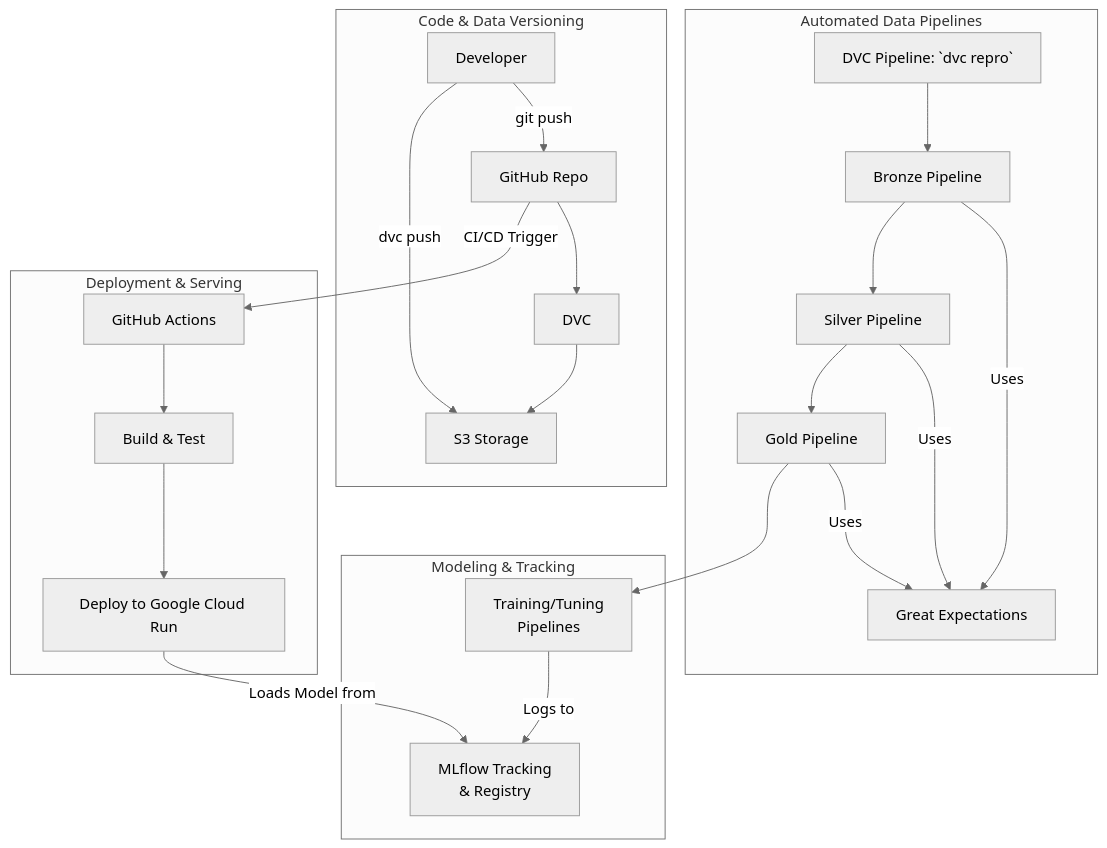
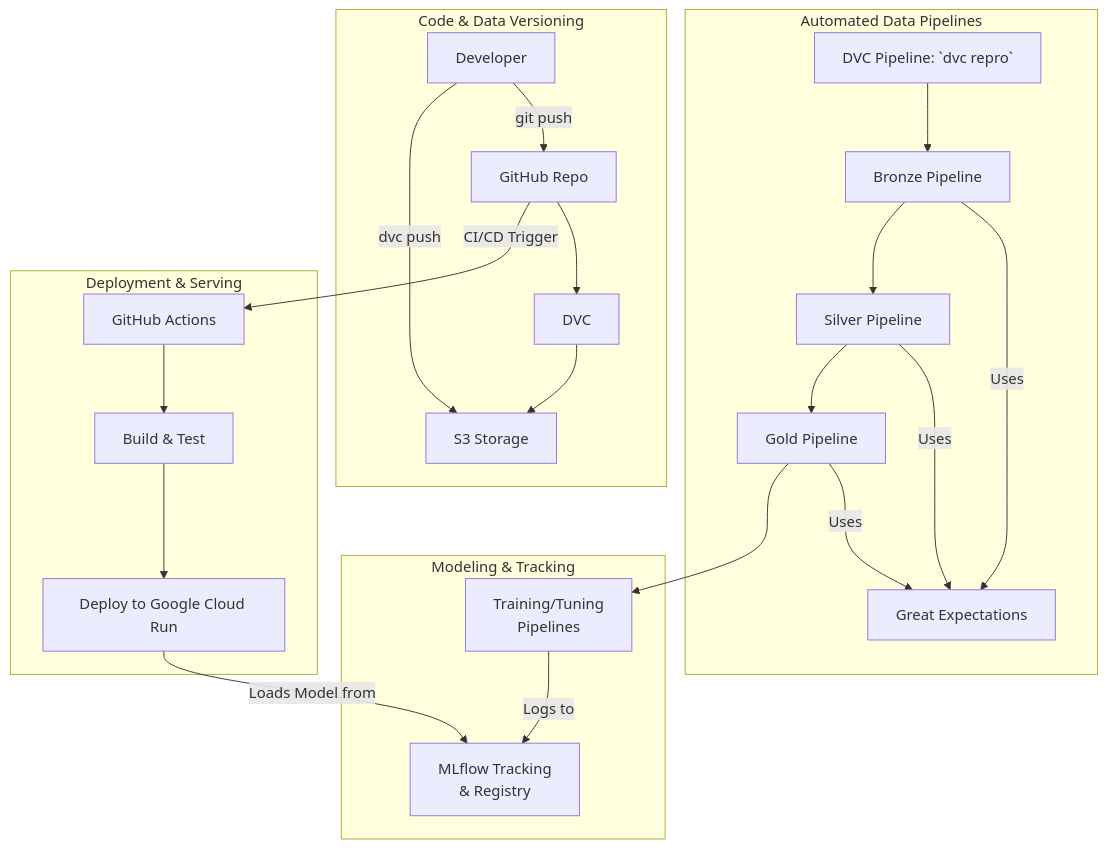
Before and after one commit to dakshvanshaj/flights-price-prediction-mlops: the diagram in README.md, drawn with Mermaid.

Commit message:
docs(style): make diagram light theme.

````diff
--- a/README.md
+++ b/README.md
@@ -19,31 +19,31 @@
 ```mermaid
-%%{init: {'theme': 'neutral'}}%%
+%%{init: {'theme': 'light'}}%%
 graph TD
     subgraph "Code & Data Versioning"
         Dev[Developer] -- "git push" --> GitHub[GitHub Repo];
         Dev -- "dvc push" --> S3[S3 Storage];
         GitHub --> DVC[DVC];
         DVC --> S3;
     end
 
     subgraph "Automated Data Pipelines"
         DVC_Pipeline[DVC Pipeline: `dvc repro`] --> Bronze[Bronze Pipeline];
         Bronze -- "Uses" --> GE[Great Expectations];
         Bronze --> Silver[Silver Pipeline];
         Silver -- "Uses" --> GE;
         Silver --> Gold[Gold Pipeline];
         Gold -- "Uses" --> GE;
     end
 
     subgraph "Modeling & Tracking"
         Gold --> Training[Training/Tuning<br/>Pipelines];
         Training -- "Logs to" --> MLflow[MLflow Tracking<br/>& Registry];
     end
 
     subgraph "Deployment & Serving"
         GitHub -- "CI/CD Trigger" --> GHA[GitHub Actions];
         GHA --> Build[Build & Test];
         Build --> Deploy[Deploy to Google Cloud Run];
         Deploy -- "Loads Model from" --> MLflow;
     end
 ```
````
